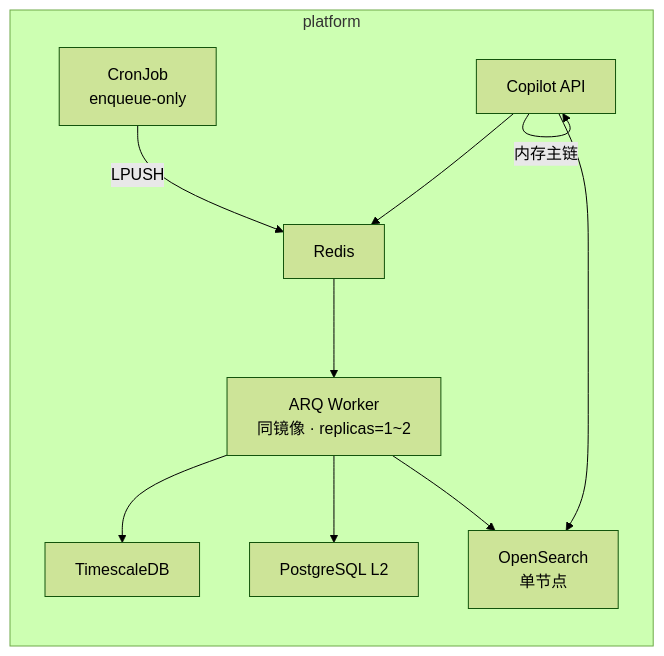
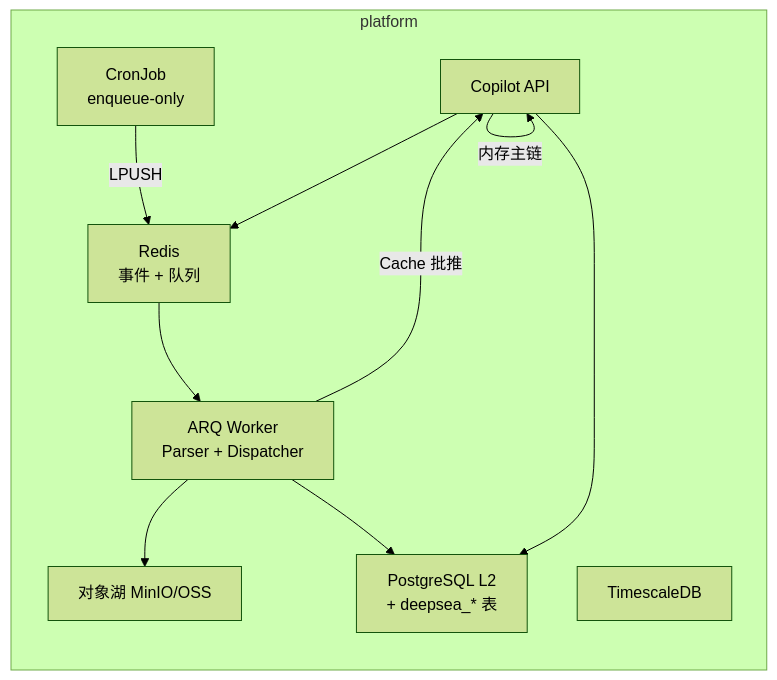
One commit to myxxhui/diting-doc changed the fourth of 4 diagrams in 03_原子目标与规约/_共享规约/29_三大数据底座与任务调度架构契约.md. Above: the diagram before and after it, drawn with Mermaid (forest theme). The commit also changed other lines of this file and 4 other files, not shown here.

````diff
--- a/03_原子目标与规约/_共享规约/29_三大数据底座与任务调度架构契约.md
+++ b/03_原子目标与规约/_共享规约/29_三大数据底座与任务调度架构契约.md
@@ -336,20 +530,20 @@
 ```mermaid
 flowchart LR
   subgraph platform
     CP["Copilot API"]
-    WK["ARQ Worker<br/>同镜像 · replicas=1~2"]
-    OS["OpenSearch<br/>单节点"]
+    WK["ARQ Worker<br/>Parser + Dispatcher"]
+    MINIO["对象湖 MinIO/OSS"]
     TS["TimescaleDB"]
-    PG["PostgreSQL L2"]
-    RD["Redis"]
+    PG["PostgreSQL L2<br/>+ deepsea_* 表"]
+    RD["Redis<br/>事件 + 队列"]
     CR["CronJob<br/>enqueue-only"]
   end
   CR -->|LPUSH| RD
   RD --> WK
   CP -->|内存主链| CP
   CP --> RD
-  WK --> TS
+  WK --> MINIO
   WK --> PG
-  WK --> OS
-  CP --> OS
+  WK -->|Cache 批推| CP
+  CP --> PG
 ```
````
